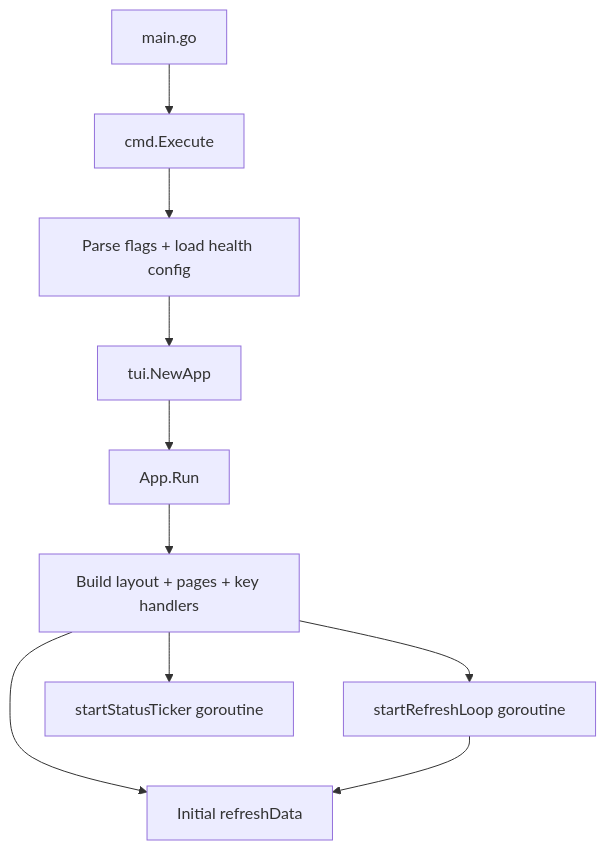
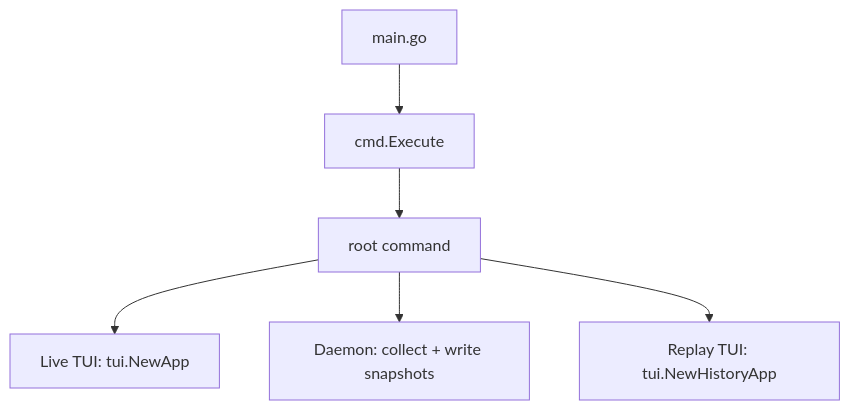
Before and after one commit to BlackMetalz/holyf-network: the diagram in docs/ai-context/HIGH_LEVEL_DESIGN.md, drawn with Mermaid. The commit also changed other lines of this file and 19 other files, not shown here.

Commit message:
Implement daemon mode, collect connections in background. Motivation come from atop. Lets see how it works!

````diff
--- a/docs/ai-context/HIGH_LEVEL_DESIGN.md
+++ b/docs/ai-context/HIGH_LEVEL_DESIGN.md
@@ -5,12 +11,8 @@
 ```mermaid
 flowchart TD
     A[main.go] --> B[cmd.Execute]
-    B --> C[Parse flags + load health config]
-    C --> D[tui.NewApp]
-    D --> E[App.Run]
-    E --> F[Build layout + pages + key handlers]
-    F --> G[Initial refreshData]
-    F --> H[startRefreshLoop goroutine]
-    F --> I[startStatusTicker goroutine]
-    H --> G
+    B --> C[root command]
+    C --> D[Live TUI: tui.NewApp]
+    C --> E[Daemon: collect + write snapshots]
+    C --> F[Replay TUI: tui.NewHistoryApp]
 ```
````
